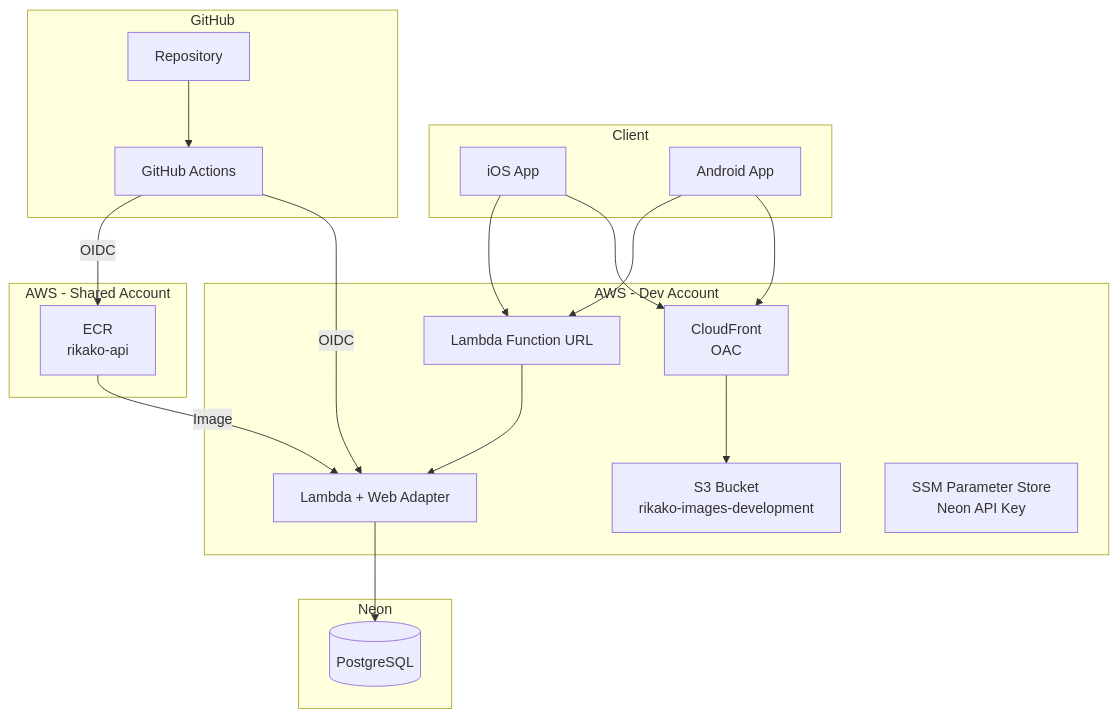
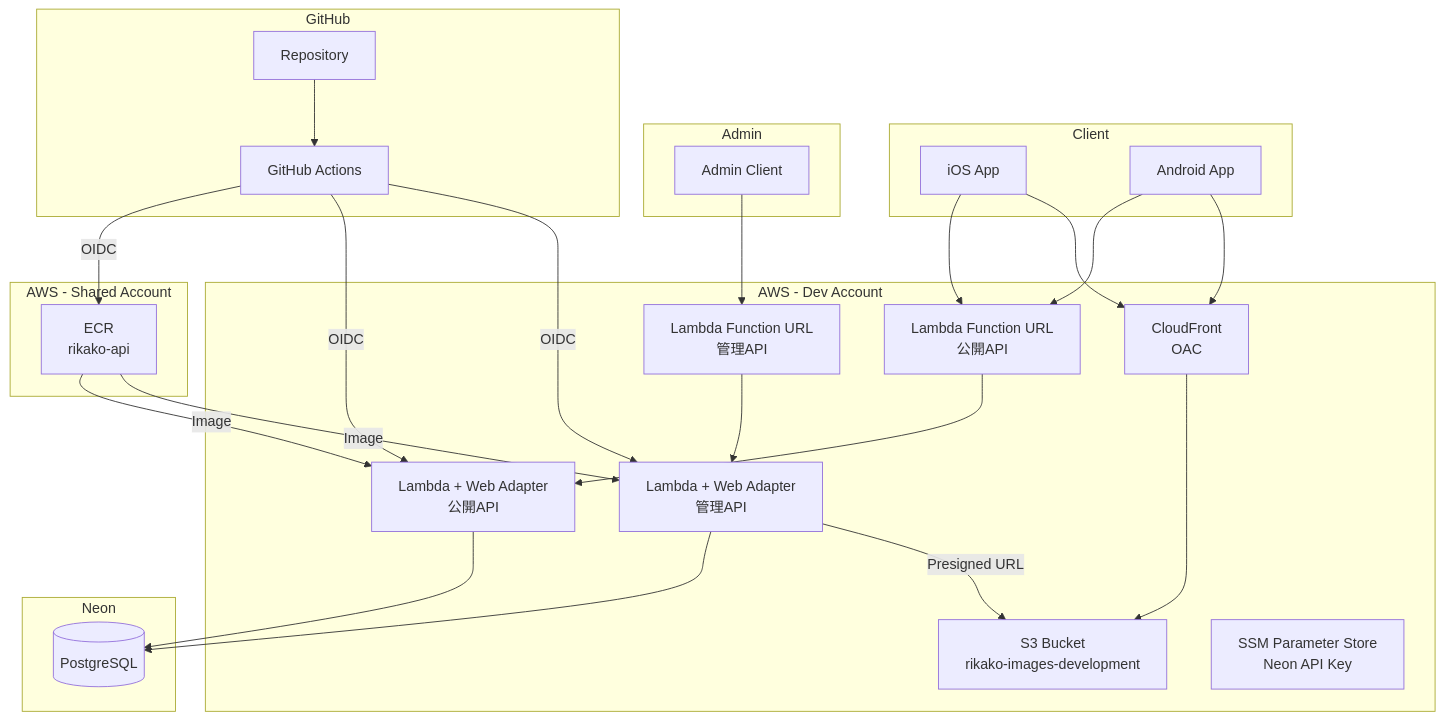
Before and after one commit to takoikatakotako/rikako: the first of 4 diagrams in docs/architecture.md, drawn with Mermaid. The commit also changed other lines of this file and 15 other files, not shown here.

First line of the commit message:
管理API（admin-api）を新規作成

````diff
--- a/docs/architecture.md
+++ b/docs/architecture.md
@@ -5,41 +5,53 @@
 ```mermaid
 graph TB
     subgraph Client
         iOS[iOS App]
         Android[Android App]
     end
 
+    subgraph Admin
+        AdminClient[Admin Client]
+    end
+
     subgraph AWS - Dev Account
-        FURL[Lambda Function URL]
-        Lambda[Lambda + Web Adapter]
+        FURL[Lambda Function URL<br/>公開API]
+        Lambda[Lambda + Web Adapter<br/>公開API]
+        AdminFURL[Lambda Function URL<br/>管理API]
+        AdminLambda[Lambda + Web Adapter<br/>管理API]
         S3[S3 Bucket<br/>rikako-images-development]
         CF[CloudFront<br/>OAC]
         SSM[SSM Parameter Store<br/>Neon API Key]
     end
 
     subgraph Neon
         DB[(PostgreSQL)]
     end
 
     subgraph AWS - Shared Account
         ECR[ECR<br/>rikako-api]
     end
 
     subgraph GitHub
         Repo[Repository]
         Actions[GitHub Actions]
     end
 
     iOS --> FURL
     Android --> FURL
     iOS --> CF
     Android --> CF
     FURL --> Lambda
     Lambda --> DB
+    AdminClient --> AdminFURL
+    AdminFURL --> AdminLambda
+    AdminLambda --> DB
+    AdminLambda -->|Presigned URL| S3
     CF --> S3
 
     Actions -->|OIDC| ECR
     Actions -->|OIDC| Lambda
+    Actions -->|OIDC| AdminLambda
     ECR -->|Image| Lambda
+    ECR -->|Image| AdminLambda
     Repo --> Actions
 ```
````
